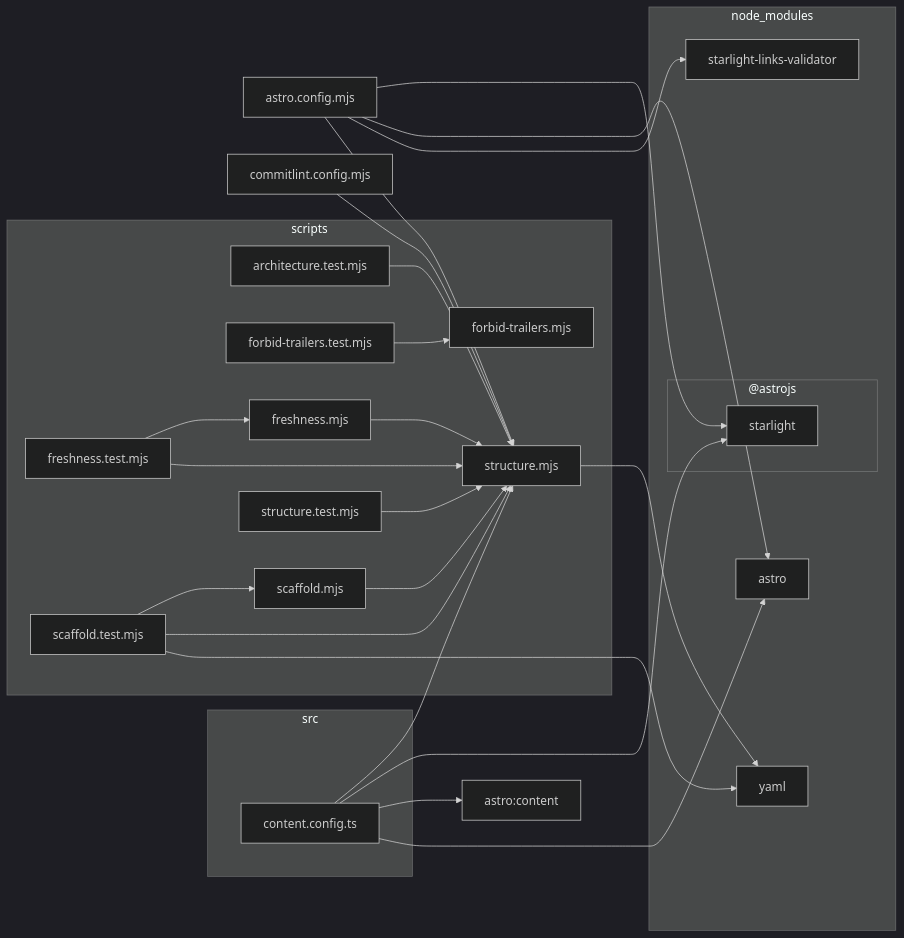
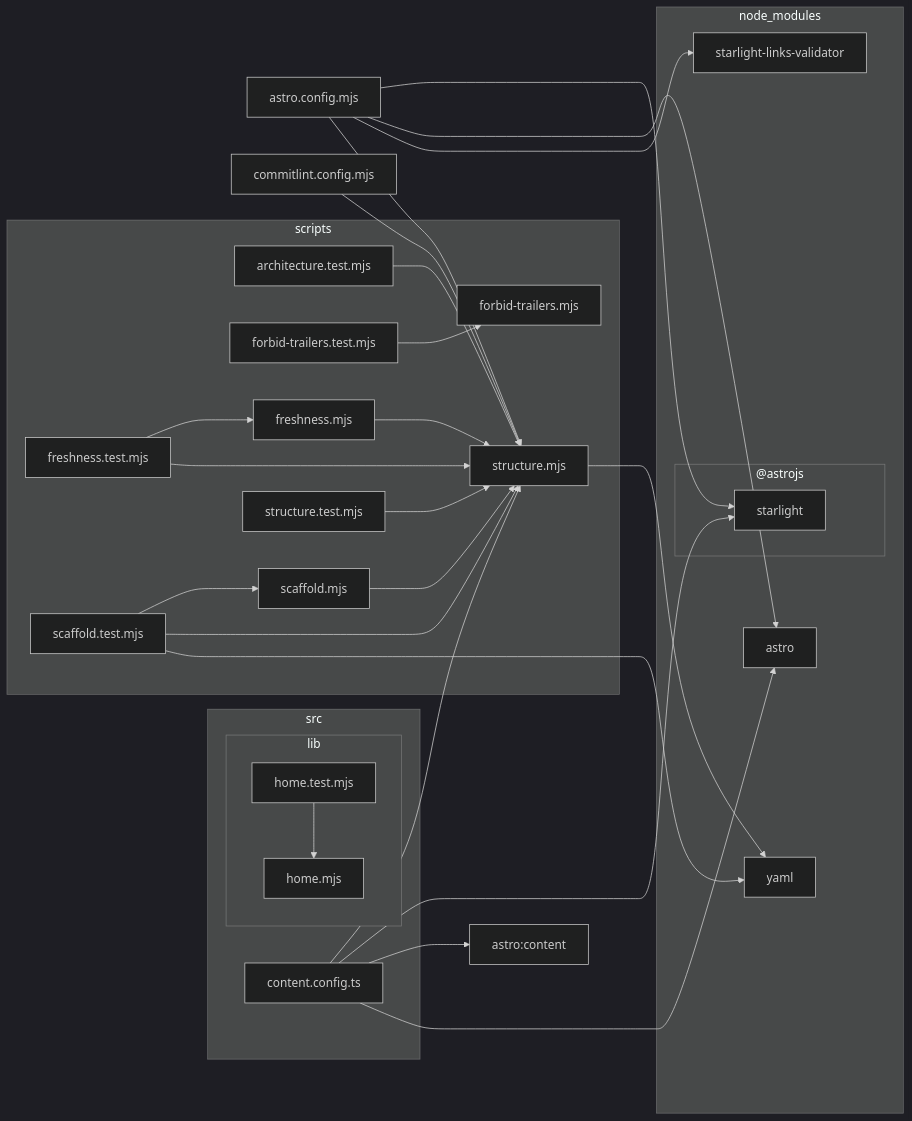
One commit to FilipTw/claude-craft changed the diagram in docs/architecture.mmd. Above: the diagram before and after it, drawn with Mermaid (dark theme). The commit also changed 15 other files, not shown here.

```diff
--- a/docs/architecture.mmd
+++ b/docs/architecture.mmd
@@ -1,47 +1,52 @@
 flowchart LR
 
 0["astro.config.mjs"]
 1["astro:content"]
 2["commitlint.config.mjs"]
 subgraph 3["node_modules"]
 subgraph 4["@astrojs"]
 5["starlight"]
 end
 6["astro"]
 7["starlight-links-validator"]
 8["yaml"]
 end
 subgraph 9["scripts"]
 A["architecture.test.mjs"]
 B["forbid-trailers.mjs"]
 C["forbid-trailers.test.mjs"]
 D["freshness.mjs"]
 E["freshness.test.mjs"]
 F["scaffold.mjs"]
 G["scaffold.test.mjs"]
 H["structure.mjs"]
 I["structure.test.mjs"]
 end
 subgraph J["src"]
 K["content.config.ts"]
+subgraph L["lib"]
+M["home.mjs"]
+N["home.test.mjs"]
+end
 end
 0-->H
 0-->5
 0-->6
 0-->7
 2-->H
 A-->H
 C-->B
 D-->H
 E-->D
 E-->H
 F-->H
 G-->F
 G-->H
 G-->8
 H-->8
 I-->H
 K-->H
 K-->5
 K-->1
 K-->6
+N-->M
```
